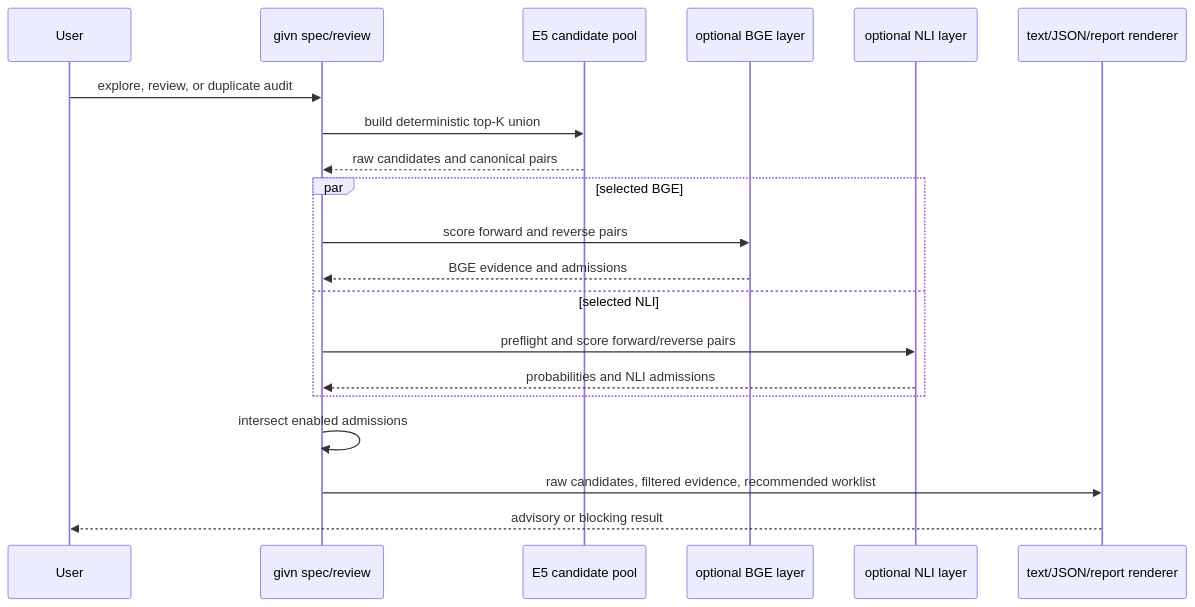
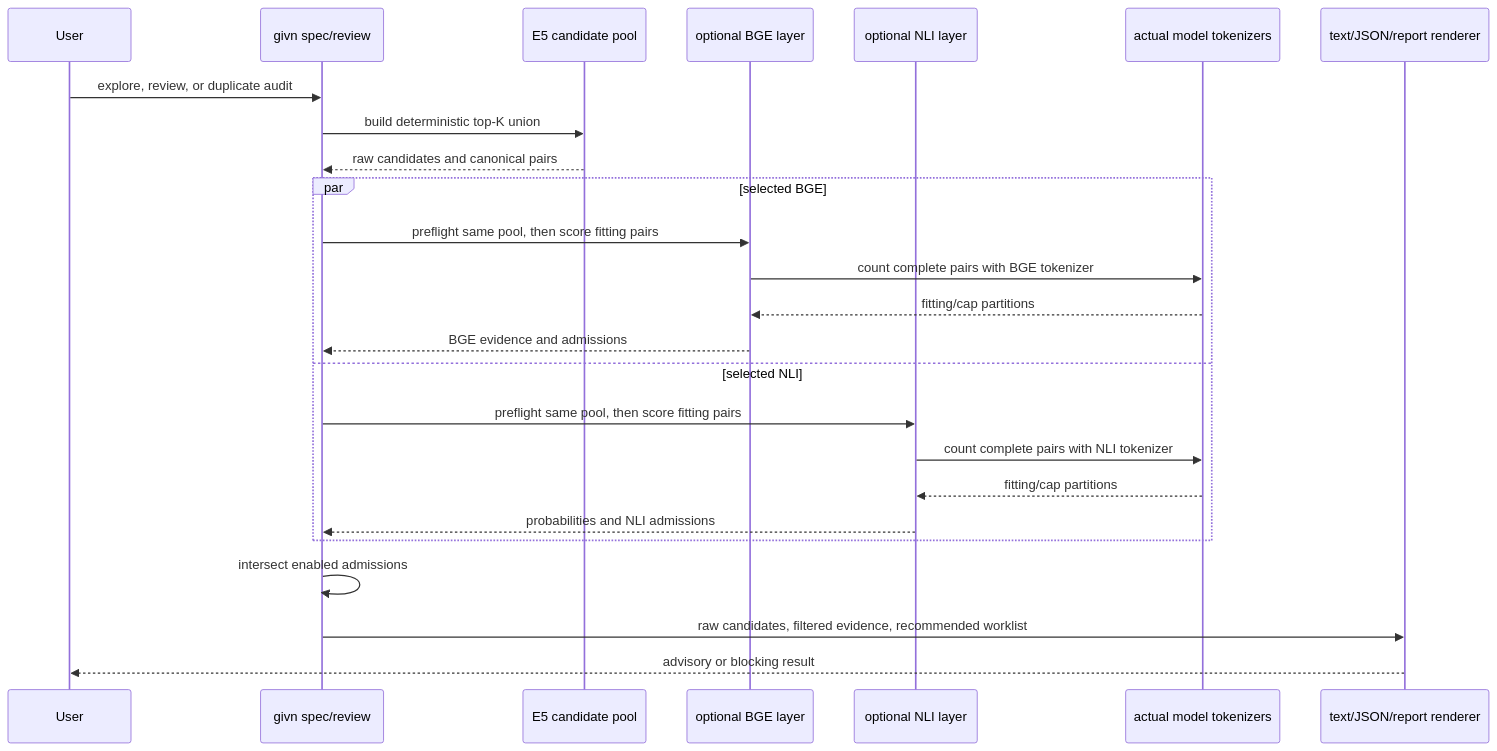
Before and after one commit to buster/givn: the sixth of 8 diagrams in docs/arc42/06-runtime-view.md, drawn with Mermaid. The commit also changed other lines of this file and 30 other files, not shown here.

````diff
--- a/docs/arc42/06-runtime-view.md
+++ b/docs/arc42/06-runtime-view.md
@@ -576,23 +649,28 @@
 ```mermaid
 sequenceDiagram
     participant User
     participant CLI as givn spec/review
     participant E5 as E5 candidate pool
     participant BGE as optional BGE layer
     participant NLI as optional NLI layer
+    participant Guard as actual model tokenizers
     participant Output as text/JSON/report renderer
 
     User->>CLI: explore, review, or duplicate audit
     CLI->>E5: build deterministic top-K union
     E5-->>CLI: raw candidates and canonical pairs
     par selected BGE
-        CLI->>BGE: score forward and reverse pairs
+        CLI->>BGE: preflight same pool, then score fitting pairs
+        BGE->>Guard: count complete pairs with BGE tokenizer
+        Guard-->>BGE: fitting/cap partitions
         BGE-->>CLI: BGE evidence and admissions
     and selected NLI
-        CLI->>NLI: preflight and score forward/reverse pairs
+        CLI->>NLI: preflight same pool, then score fitting pairs
+        NLI->>Guard: count complete pairs with NLI tokenizer
+        Guard-->>NLI: fitting/cap partitions
         NLI-->>CLI: probabilities and NLI admissions
     end
     CLI->>CLI: intersect enabled admissions
     CLI->>Output: raw candidates, filtered evidence, recommended worklist
     Output-->>User: advisory or blocking result
 ```
````
